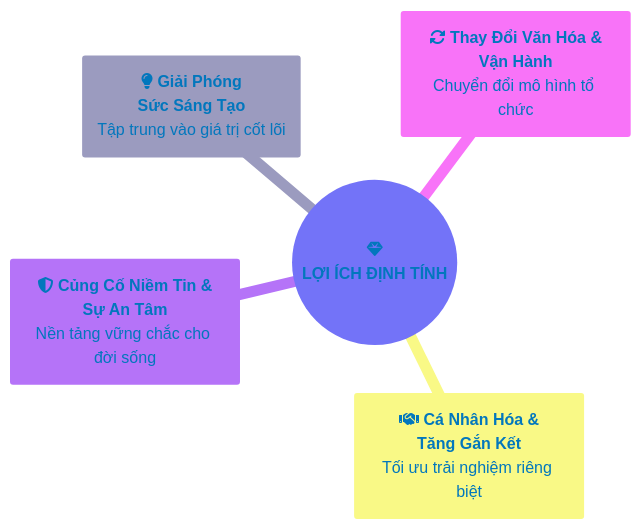
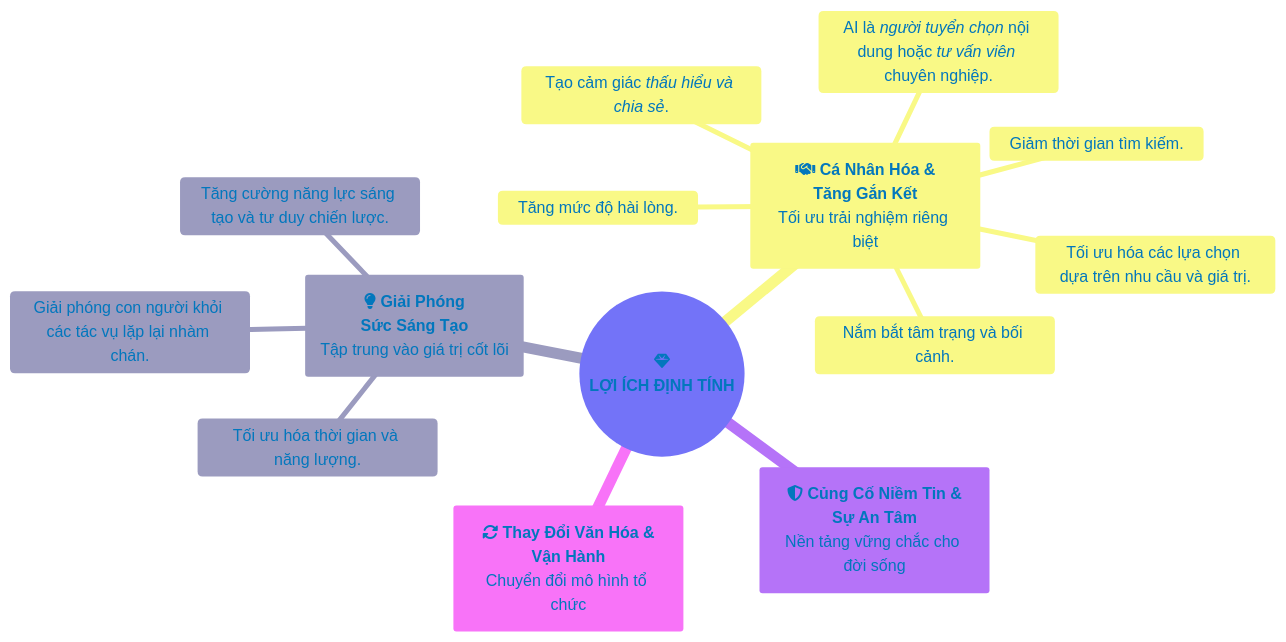
The diagram in content/diagrams/chuong04-loiichdinhtinh.mmd (sam-uit/typst-report-template), drawn with Mermaid before and after one commit.

```diff
--- a/content/diagrams/chuong04-loiichdinhtinh.mmd
+++ b/content/diagrams/chuong04-loiichdinhtinh.mmd
@@ -1,17 +1,26 @@
 ---
 config:
   theme: neo
   themeVariables:
     primaryColor: '#e1f5fe'
     primaryTextColor: '#0277bd'
     primaryBorderColor: '#0288d1'
     lineColor: '#0288d1'
     fontFamily: 'Google Sans'
     fontSize: 16px
 ---
 mindmap
 root((fa:fa-gem <br/>**LỢI ÍCH ĐỊNH TÍNH**))
   (fa:fa-lightbulb **Giải Phóng<br/>Sức Sáng Tạo**<br/>Tập trung vào giá trị cốt lõi)
+    Giải phóng con người khỏi các tác vụ lặp lại nhàm chán.
+    Tăng cường năng lực sáng tạo và tư duy chiến lược.
+    Tối ưu hóa thời gian và năng lượng.
   (fa:fa-handshake **Cá Nhân Hóa &<br/>Tăng Gắn Kết**<br/>Tối ưu trải nghiệm riêng biệt)
+    AI là *người tuyển chọn* nội dung hoặc *tư vấn viên* chuyên nghiệp.
+    Nắm bắt tâm trạng và bối cảnh.
+    Tạo cảm giác *thấu hiểu và chia sẻ*.
+    Tối ưu hóa các lựa chọn dựa trên nhu cầu và giá trị.
+    Giảm thời gian tìm kiếm.
+    Tăng mức độ hài lòng.
   (fa:fa-shield-alt **Củng Cố Niềm Tin &<br/>Sự An Tâm**<br/>Nền tảng vững chắc cho đời sống)
   (fa:fa-sync-alt **Thay Đổi Văn Hóa &<br/>Vận Hành**<br/>Chuyển đổi mô hình tổ chức)
```
